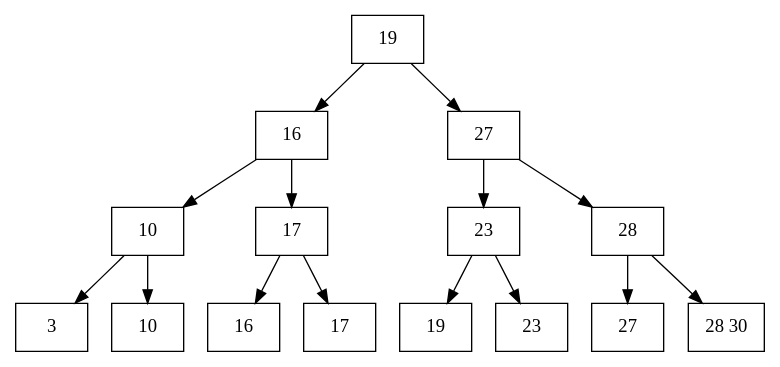
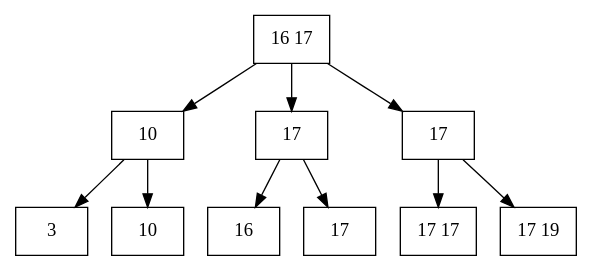
The diagram in python/graph.dot (1somniak/data-structures), drawn with Graphviz before and after one commit. The commit also changed 20 other files, not shown here.

```diff
--- a/python/graph.dot
+++ b/python/graph.dot
@@ -1,31 +1,21 @@
 digraph Btree {
-    node0 [shape=box][label="19"]
+    node0 [shape=box][label="16 17"]
     node0 -> node1
     node0 -> node2
-    node1 [shape=box][label="16"]
-    node1 -> node3
+    node0 -> node3
+    node1 [shape=box][label="10"]
     node1 -> node4
-    node2 [shape=box][label="27"]
-    node2 -> node5
+    node1 -> node5
+    node2 [shape=box][label="17"]
     node2 -> node6
-    node3 [shape=box][label="10"]
-    node3 -> node7
+    node2 -> node7
+    node3 [shape=box][label="17"]
     node3 -> node8
-    node4 [shape=box][label="17"]
-    node4 -> node9
-    node4 -> node10
-    node5 [shape=box][label="23"]
-    node5 -> node11
-    node5 -> node12
-    node6 [shape=box][label="28"]
-    node6 -> node13
-    node6 -> node14
-    node7 [shape=box][label="3"]
-    node8 [shape=box][label="10"]
-    node9 [shape=box][label="16"]
-    node10 [shape=box][label="17"]
-    node11 [shape=box][label="19"]
-    node12 [shape=box][label="23"]
-    node13 [shape=box][label="27"]
-    node14 [shape=box][label="28 30"]
+    node3 -> node9
+    node4 [shape=box][label="3"]
+    node5 [shape=box][label="10"]
+    node6 [shape=box][label="16"]
+    node7 [shape=box][label="17"]
+    node8 [shape=box][label="17 17"]
+    node9 [shape=box][label="17 19"]
 }
```
